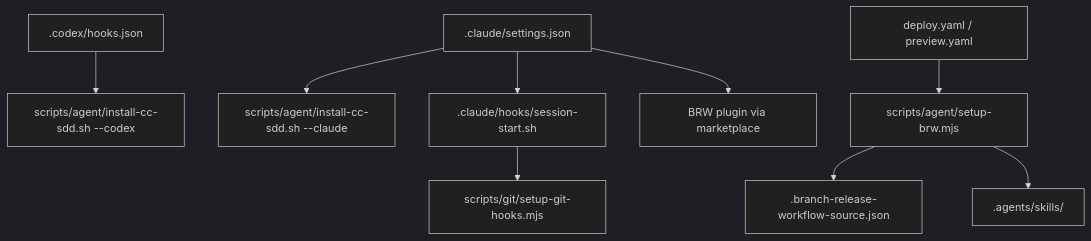
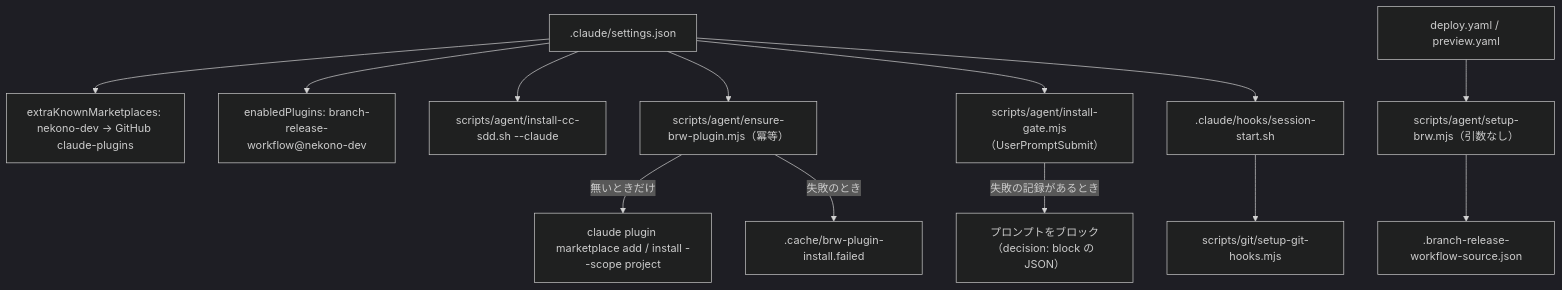
The diagram in .kiro/specs/ops-agent-setup/design.md (nekono-dev/skyshare), drawn with Mermaid (dark theme) before and after one commit. The commit also changed other lines of this file and 147 other files, not shown here.

````diff
--- a/.kiro/specs/ops-agent-setup/design.md
+++ b/.kiro/specs/ops-agent-setup/design.md
@@ -30,11 +37,15 @@
 ```mermaid
 graph TD
-  ClaudeSettings[.claude/settings.json] --> InstallCcSdd[scripts/agent/install-cc-sdd.sh --claude]
-  CodexHooks[.codex/hooks.json] --> InstallCcSdd2[scripts/agent/install-cc-sdd.sh --codex]
+  ClaudeSettings[.claude/settings.json] --> Market[extraKnownMarketplaces: nekono-dev → GitHub claude-plugins]
+  ClaudeSettings --> Enable[enabledPlugins: branch-release-workflow@nekono-dev]
+  ClaudeSettings --> InstallCcSdd[scripts/agent/install-cc-sdd.sh --claude]
+  ClaudeSettings --> EnsureBrw[scripts/agent/ensure-brw-plugin.mjs（冪等）]
+  EnsureBrw -->|無いときだけ| ClaudeCli[claude plugin marketplace add / install --scope project]
+  EnsureBrw -->|失敗のとき| FailFile[.cache/brw-plugin-install.failed]
+  ClaudeSettings --> BrwGate[scripts/agent/install-gate.mjs（UserPromptSubmit）]
+  BrwGate -->|失敗の記録があるとき| Block[プロンプトをブロック（decision: block の JSON）]
   ClaudeSettings --> CloudInit[.claude/hooks/session-start.sh]
   CloudInit --> GitHooks[scripts/git/setup-git-hooks.mjs]
-  CI[deploy.yaml / preview.yaml] --> SetupBrw[scripts/agent/setup-brw.mjs]
-  SetupBrw --> Source[.branch-release-workflow-source.json]
-  SetupBrw --> CodexSkills[.agents/skills/]
-  ClaudeSettings --> Plugin[BRW plugin via marketplace]
+  CI[deploy.yaml / preview.yaml] --> SetupBrwCi[scripts/agent/setup-brw.mjs（引数なし）]
+  SetupBrwCi --> Source[.branch-release-workflow-source.json]
 ```
````
